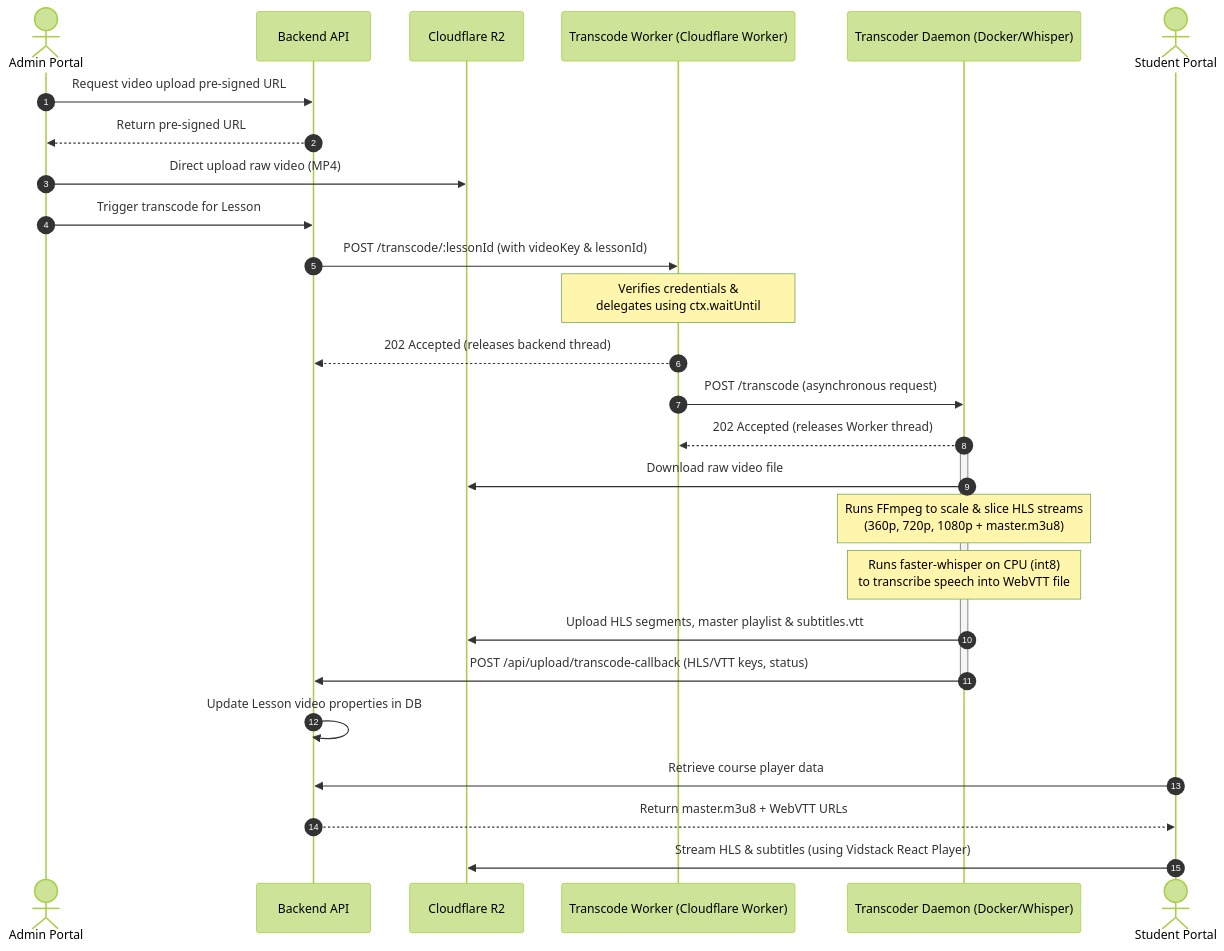
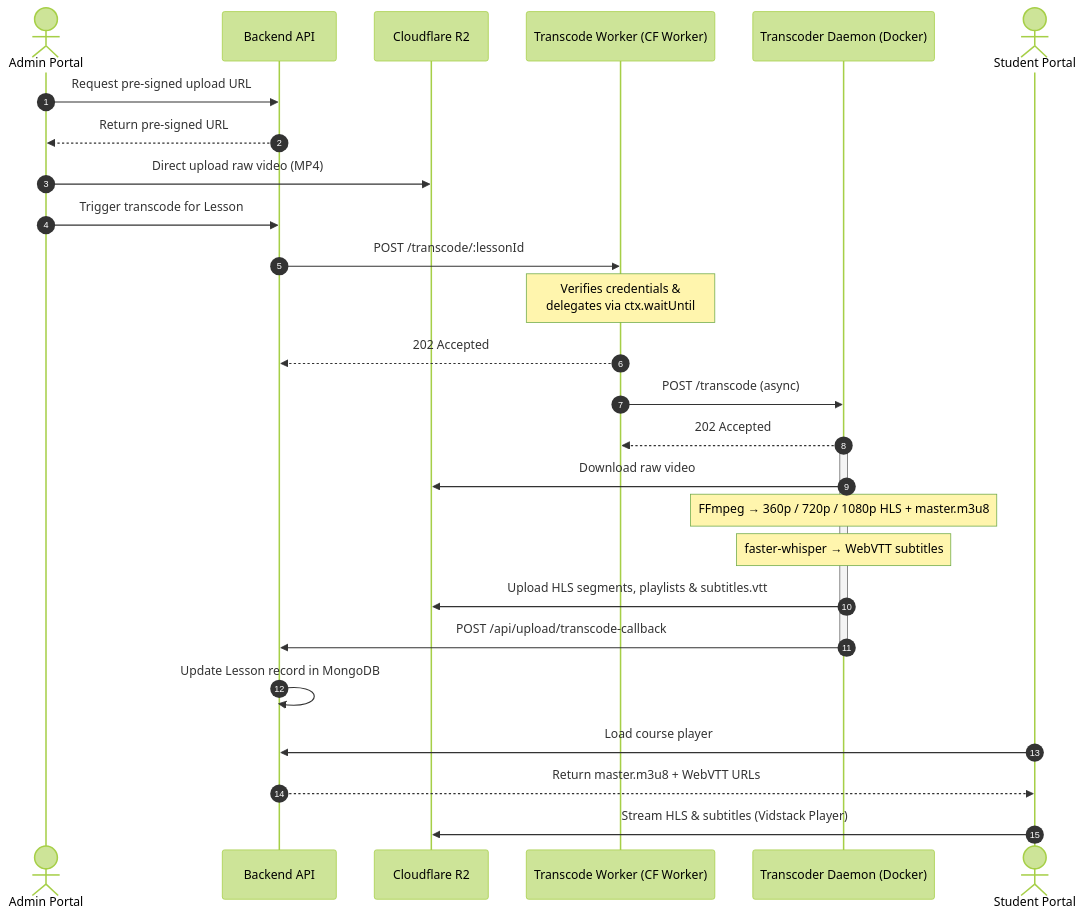
One commit to nileshyadav6702/veolms changed the diagram in README.md. Above: the diagram before and after it, drawn with Mermaid (forest theme). The commit also changed other lines of this file, not shown here.

````diff
--- a/README.md
+++ b/README.md
@@ -29,33 +37,33 @@
 ```mermaid
 sequenceDiagram
     autonumber
     actor Admin as Admin Portal
     participant BE as Backend API
     participant R2 as Cloudflare R2
-    participant CFW as Transcode Worker (Cloudflare Worker)
-    participant Daemon as Transcoder Daemon (Docker/Whisper)
+    participant CFW as Transcode Worker (CF Worker)
+    participant Daemon as Transcoder Daemon (Docker)
     actor Student as Student Portal
 
-    Admin->>BE: Request video upload pre-signed URL
+    Admin->>BE: Request pre-signed upload URL
     BE-->>Admin: Return pre-signed URL
     Admin->>R2: Direct upload raw video (MP4)
     Admin->>BE: Trigger transcode for Lesson
-    BE->>CFW: POST /transcode/:lessonId (with videoKey & lessonId)
-    Note over CFW: Verifies credentials &<br/>delegates using ctx.waitUntil
-    CFW-->>BE: 202 Accepted (releases backend thread)
-    CFW->>Daemon: POST /transcode (asynchronous request)
-    Daemon-->>CFW: 202 Accepted (releases Worker thread)
-    
+    BE->>CFW: POST /transcode/:lessonId
+    Note over CFW: Verifies credentials &<br/>delegates via ctx.waitUntil
+    CFW-->>BE: 202 Accepted
+    CFW->>Daemon: POST /transcode (async)
+    Daemon-->>CFW: 202 Accepted
+
     activate Daemon
-    Daemon->>R2: Download raw video file
-    Note over Daemon: Runs FFmpeg to scale & slice HLS streams<br/>(360p, 720p, 1080p + master.m3u8)
-    Note over Daemon: Runs faster-whisper on CPU (int8)<br/>to transcribe speech into WebVTT file
-    Daemon->>R2: Upload HLS segments, master playlist & subtitles.vtt
-    Daemon->>BE: POST /api/upload/transcode-callback (HLS/VTT keys, status)
+    Daemon->>R2: Download raw video
+    Note over Daemon: FFmpeg → 360p / 720p / 1080p HLS + master.m3u8
+    Note over Daemon: faster-whisper → WebVTT subtitles
+    Daemon->>R2: Upload HLS segments, playlists & subtitles.vtt
+    Daemon->>BE: POST /api/upload/transcode-callback
     deactivate Daemon
-    
-    BE->>BE: Update Lesson video properties in DB
-    Student->>BE: Retrieve course player data
+
+    BE->>BE: Update Lesson record in MongoDB
+    Student->>BE: Load course player
     BE-->>Student: Return master.m3u8 + WebVTT URLs
-    Student->>R2: Stream HLS & subtitles (using Vidstack React Player)
+    Student->>R2: Stream HLS & subtitles (Vidstack Player)
 ```
````
